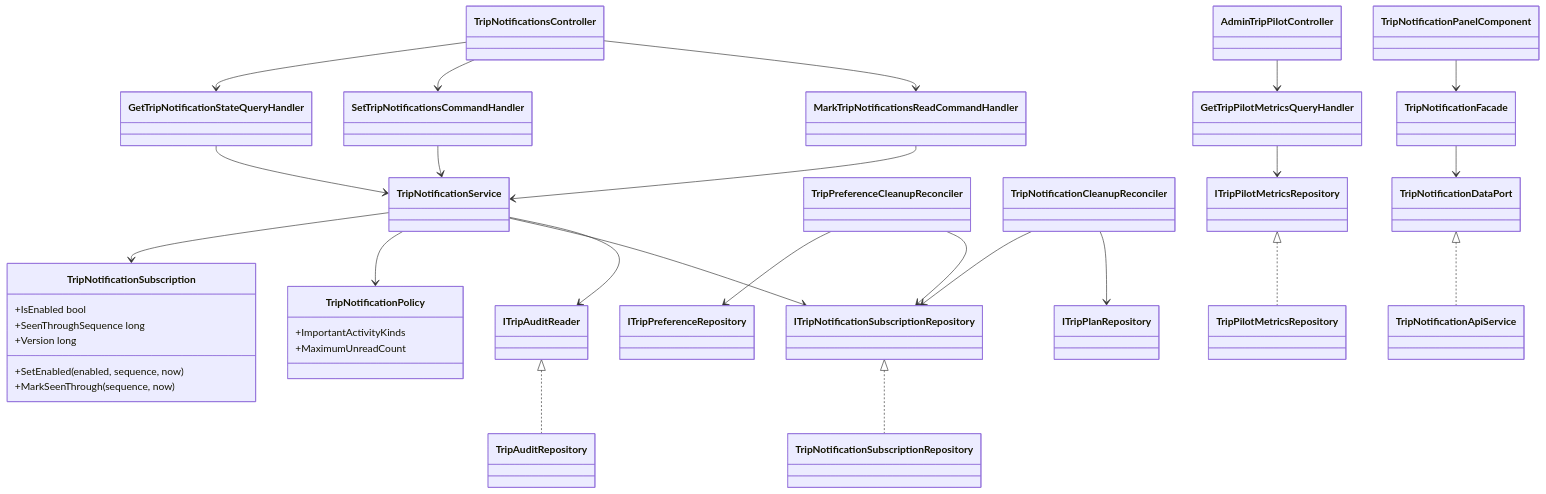
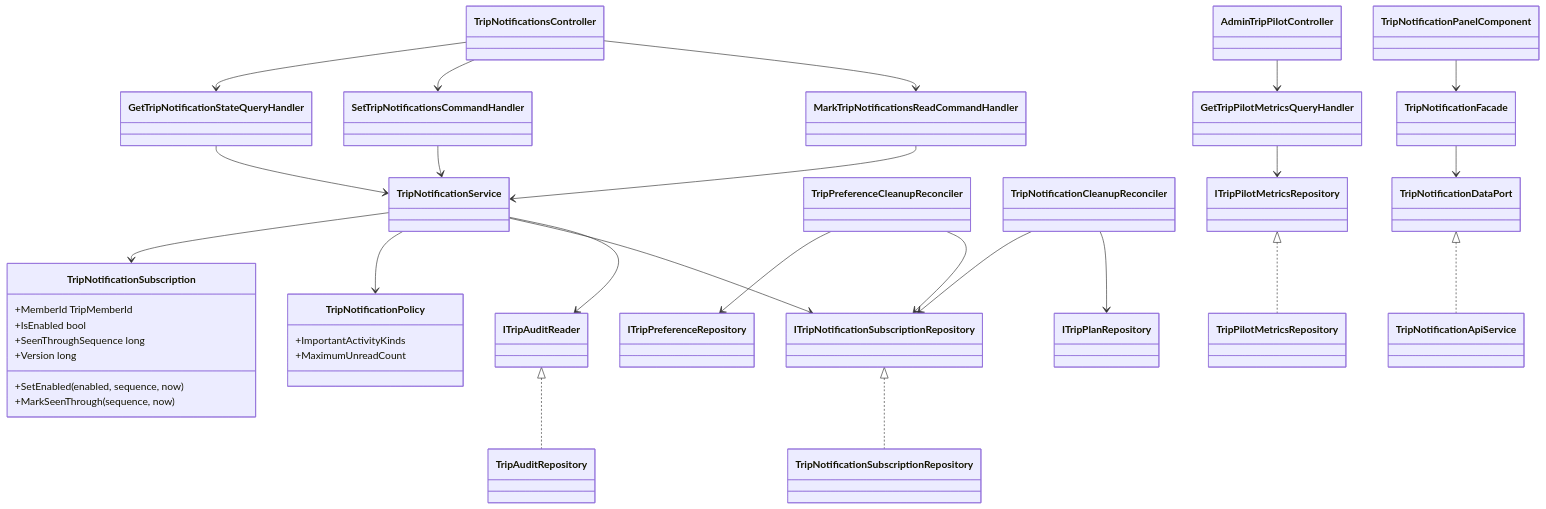
The second of 3 diagrams in docs/architecture/product-growth-trip-13-collaborative-pilot-2026-09-25.md (Ced59/AmusementParkProject), drawn with Mermaid before and after one commit. The commit also changed other lines of this file and 10 other files, not shown here.

````diff
--- a/docs/architecture/product-growth-trip-13-collaborative-pilot-2026-09-25.md
+++ b/docs/architecture/product-growth-trip-13-collaborative-pilot-2026-09-25.md
@@ -164,57 +168,58 @@
 ```mermaid
 classDiagram
     class TripNotificationsController
     class GetTripNotificationStateQueryHandler
     class SetTripNotificationsCommandHandler
     class MarkTripNotificationsReadCommandHandler
     class TripNotificationService
     class TripNotificationSubscription {
+      +MemberId TripMemberId
       +IsEnabled bool
       +SeenThroughSequence long
       +Version long
       +SetEnabled(enabled, sequence, now)
       +MarkSeenThrough(sequence, now)
     }
     class TripNotificationPolicy {
       +ImportantActivityKinds
       +MaximumUnreadCount
     }
     class ITripNotificationSubscriptionRepository
     class ITripAuditReader
     class TripNotificationSubscriptionRepository
     class TripAuditRepository
     class TripPreferenceCleanupReconciler
     class TripNotificationCleanupReconciler
     class ITripPreferenceRepository
     class GetTripPilotMetricsQueryHandler
     class ITripPilotMetricsRepository
     class TripPilotMetricsRepository
     class AdminTripPilotController
     class TripNotificationPanelComponent
     class TripNotificationFacade
     class TripNotificationDataPort
     class TripNotificationApiService
 
     TripNotificationsController --> GetTripNotificationStateQueryHandler
     TripNotificationsController --> SetTripNotificationsCommandHandler
     TripNotificationsController --> MarkTripNotificationsReadCommandHandler
     GetTripNotificationStateQueryHandler --> TripNotificationService
     SetTripNotificationsCommandHandler --> TripNotificationService
     MarkTripNotificationsReadCommandHandler --> TripNotificationService
     TripNotificationService --> TripNotificationSubscription
     TripNotificationService --> TripNotificationPolicy
     TripNotificationService --> ITripNotificationSubscriptionRepository
     TripNotificationService --> ITripAuditReader
     ITripNotificationSubscriptionRepository <|.. TripNotificationSubscriptionRepository
     ITripAuditReader <|.. TripAuditRepository
     TripPreferenceCleanupReconciler --> ITripPreferenceRepository
     TripPreferenceCleanupReconciler --> ITripNotificationSubscriptionRepository
     TripNotificationCleanupReconciler --> ITripNotificationSubscriptionRepository
     TripNotificationCleanupReconciler --> ITripPlanRepository
     AdminTripPilotController --> GetTripPilotMetricsQueryHandler
     GetTripPilotMetricsQueryHandler --> ITripPilotMetricsRepository
     ITripPilotMetricsRepository <|.. TripPilotMetricsRepository
     TripNotificationPanelComponent --> TripNotificationFacade
     TripNotificationFacade --> TripNotificationDataPort
     TripNotificationDataPort <|.. TripNotificationApiService
 ```
````
